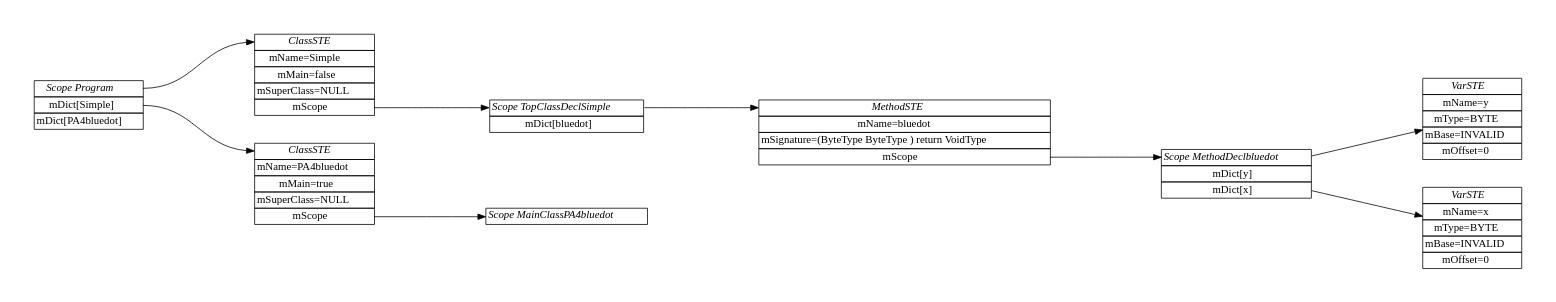
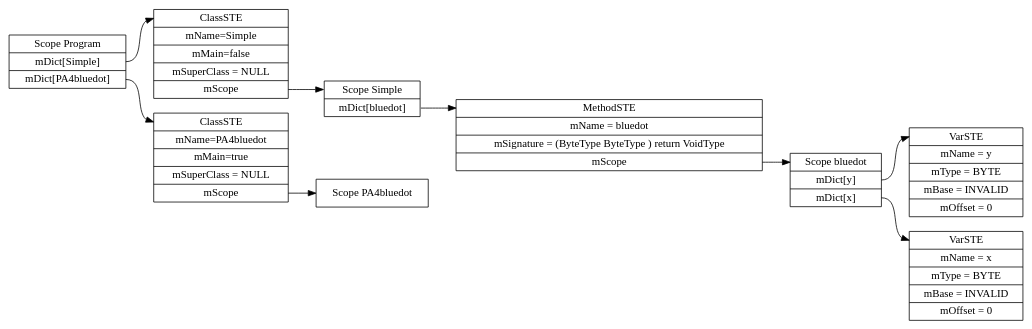
Before and after one commit to MissMeriel/CS4620-Compilers: the diagram in PA4/PA4Tests/PA4bluedot.java.ST.dot, drawn with Graphviz. The commit also changed 134 other files, not shown here.

```diff
--- a/PA4/PA4Tests/PA4bluedot.java.ST.dot
+++ b/PA4/PA4Tests/PA4bluedot.java.ST.dot
@@ -1,76 +1,30 @@
 digraph ASTGraph {
-	graph [pad="0.5", nodesep="0.5", ranksep="2"];
-	node [shape=plain]
-	rankdir=LR;
-MethodDeclbluedot [ label=<
-<table border="0" cellborder="1" cellspacing="0">
-	<tr><td port="MethodDeclbluedot0"><i>Scope MethodDeclbluedot</i></td></tr>
-	<tr><td port="MethodDeclbluedot1">mDict[y]</td></tr>
-	<tr><td port="MethodDeclbluedot2">mDict[x]</td></tr>
-</table>>];
+	node [shape=record];
+	graph [ rankdir="LR"];
+	scopebluedot [ label="<f0> Scope bluedot | <f1> mDict\[y\] | <f2> mDict\[x\] "];
+	scopebluedot:<f1> -> y:<f0>;
+	scopebluedot:<f2> -> x:<f0>;
 
-0 [ label=<
-<table border="0" cellborder="1" cellspacing="0">
-	<tr><td port="0"><i>VarSTE</i></td></tr>
-	<tr><td>mName=y</td></tr>
-	<tr><td>mType=BYTE</td></tr>
-	<tr><td>mBase=INVALID</td></tr>
-	<tr><td>mOffset=0</td></tr>
-</table>>];
-MethodDeclbluedot:1 -> 0:1;
+	y [ label=" <f0> VarSTE | <f1> mName = y| <f2> mType = BYTE| <f3> mBase = INVALID| <f4> mOffset = 0"];
 
-1 [ label=<
-<table border="0" cellborder="1" cellspacing="0">
-	<tr><td port="1"><i>VarSTE</i></td></tr>
-	<tr><td>mName=x</td></tr>
-	<tr><td>mType=BYTE</td></tr>
-	<tr><td>mBase=INVALID</td></tr>
-	<tr><td>mOffset=0</td></tr>
-</table>>];
-MethodDeclbluedot:2 -> 1:2;
-TopClassDeclSimple [ label=<
-<table border="0" cellborder="1" cellspacing="0">
-	<tr><td port="TopClassDeclSimple0"><i>Scope TopClassDeclSimple</i></td></tr>
-	<tr><td port="TopClassDeclSimple1">mDict[bluedot]</td></tr>
-</table>>];
+	x [ label=" <f0> VarSTE | <f1> mName = x| <f2> mType = BYTE| <f3> mBase = INVALID| <f4> mOffset = 0"];
+	
+	scopeSimple [ label="<f0> Scope Simple | <f1> mDict\[bluedot\] "];
+	scopeSimple:<f1> -> bluedot:<f0>;
 
-bluedot [ label=<
-<table border="0" cellborder="1" cellspacing="0">
-	<tr><td port="bluedot0"><i>MethodSTE</i></td></tr>
-	<tr><td>mName=bluedot</td></tr>
-	<tr><td>mSignature=(ByteType ByteType ) return VoidType</td></tr>
-	<tr><td port="2">mScope</td></tr>
-</table>>];
-TopClassDeclSimple:TopClassDeclSimple0 -> bluedot:bluedot0;
-bluedot:2 -> MethodDeclbluedot:MethodDeclbluedot0
-MainClassPA4bluedot [ label=<
-<table border="0" cellborder="1" cellspacing="0">
-	<tr><td port="MainClassPA4bluedot0"><i>Scope MainClassPA4bluedot</i></td></tr>
-</table>>];
-Program [ label=<
-<table border="0" cellborder="1" cellspacing="0">
-	<tr><td port="Program0"><i>Scope Program</i></td></tr>
-	<tr><td port="Program1">mDict[Simple]</td></tr>
-	<tr><td port="Program2">mDict[PA4bluedot]</td></tr>
-</table>>];
-Simple [ label=<
-<table border="0" cellborder="1" cellspacing="0">
-	<tr><td port="Simple0"><i>ClassSTE</i></td></tr>
-	<tr><td>mName=Simple</td></tr>
-	<tr><td>mMain=false</td></tr>
-	<tr><td>mSuperClass=NULL</td></tr>
-	<tr><td port="3">mScope</td></tr>
-</table>>];
-Program:Program0 -> Simple:Simple0;
-Simple:3 -> TopClassDeclSimple:TopClassDeclSimple0
-PA4bluedot [ label=<
-<table border="0" cellborder="1" cellspacing="0">
-	<tr><td port="PA4bluedot1"><i>ClassSTE</i></td></tr>
-	<tr><td>mName=PA4bluedot</td></tr>
-	<tr><td>mMain=true</td></tr>
-	<tr><td>mSuperClass=NULL</td></tr>
-	<tr><td port="4">mScope</td></tr>
-</table>>];
-Program:Program1 -> PA4bluedot:PA4bluedot1;
-PA4bluedot:4 -> MainClassPA4bluedot:MainClassPA4bluedot0
+	bluedot [ label=" <f0> MethodSTE | <f1> mName = bluedot| <f2> mSignature = (ByteType ByteType ) return VoidType| <f3> mScope "];
+	
+	bluedot:<f3> -> scopebluedot:<f0>;
+	scopePA4bluedot [ label="<f0> Scope PA4bluedot "];
+	
+	scopeProgram [ label="<f0> Scope Program | <f1> mDict\[Simple\] | <f2> mDict\[PA4bluedot\] "];
+	scopeProgram:<f1> -> Simple:<f0>;
+	scopeProgram:<f2> -> PA4bluedot:<f0>;
+
+	Simple [ label=" <f0> ClassSTE | <f1> mName=Simple| <f2> mMain=false| <f3> mSuperClass = NULL | <f4> mScope "];
+
+	PA4bluedot [ label=" <f0> ClassSTE | <f1> mName=PA4bluedot| <f2> mMain=true| <f3> mSuperClass = NULL | <f4> mScope "];
+	
+	Simple:<f4>  -> scopeSimple: <f0>;
+	PA4bluedot:<f4>  -> scopePA4bluedot: <f0>;
 }
```
